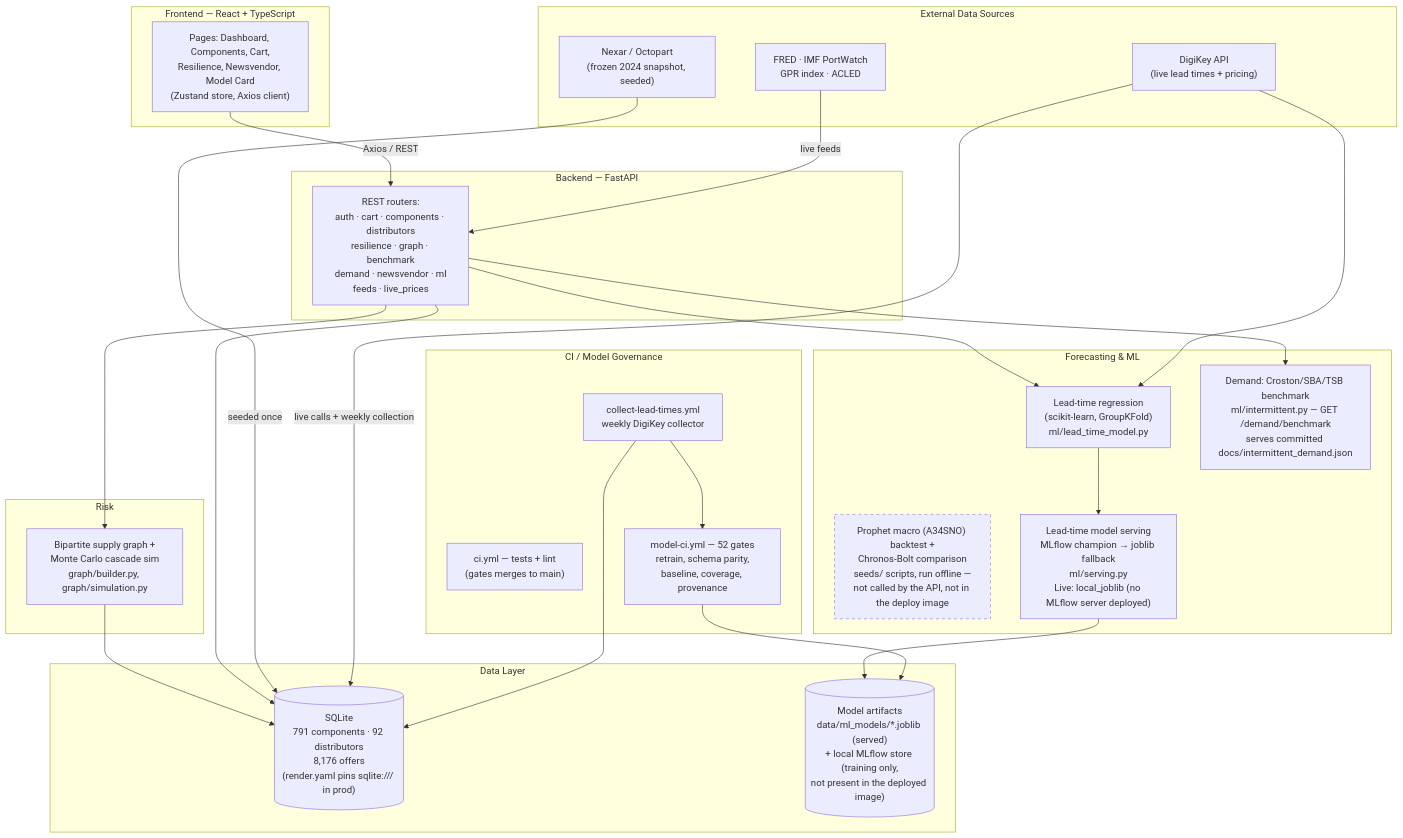
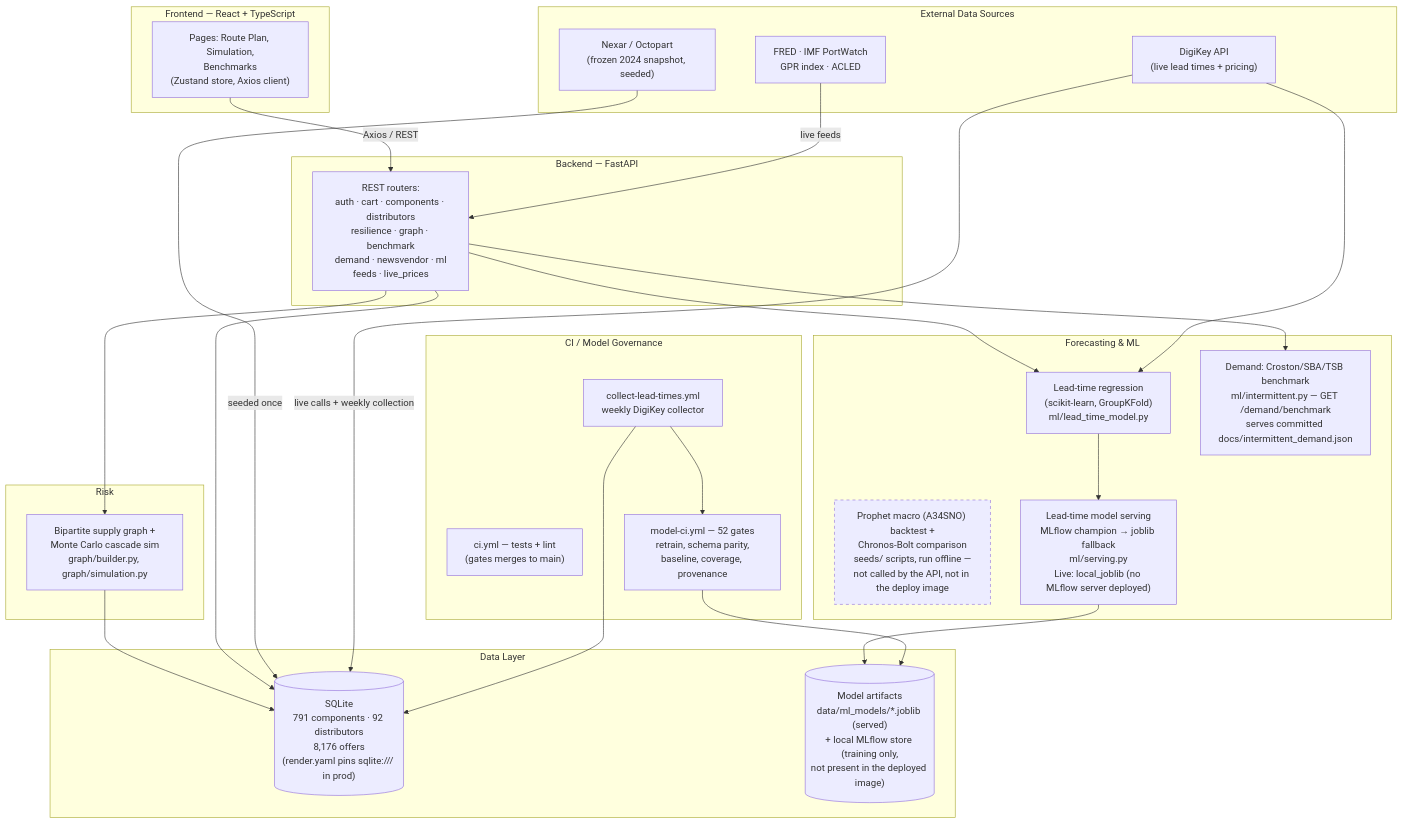
Before and after one commit to alessiopagliarulo/supply-chain-optimizer: the diagram in README.md, drawn with Mermaid. The commit also changed other lines of this file and 1 other file, not shown here.

Commit message:
no-mistakes(document): Remove stale sourcing-page references from README and provenance docs

````diff
--- a/README.md
+++ b/README.md
@@ -247,57 +247,57 @@
 ```mermaid
 flowchart TB
     subgraph FE["Frontend — React + TypeScript"]
-        UI["Pages: Dashboard, Components, Cart,<br/>Resilience, Newsvendor, Model Card<br/>(Zustand store, Axios client)"]
+        UI["Pages: Route Plan, Simulation,<br/>Benchmarks<br/>(Zustand store, Axios client)"]
     end
 
     subgraph BE["Backend — FastAPI"]
         API["REST routers:<br/>auth · cart · components · distributors<br/>resilience · graph · benchmark<br/>demand · newsvendor · ml<br/>feeds · live_prices"]
     end
 
     subgraph OPT["Risk"]
         GRAPHSIM["Bipartite supply graph +<br/>Monte Carlo cascade sim<br/>graph/builder.py, graph/simulation.py"]
     end
 
     subgraph ML["Forecasting & ML"]
         LEADTIME["Lead-time regression<br/>(scikit-learn, GroupKFold)<br/>ml/lead_time_model.py"]
         DEMAND["Demand: Croston/SBA/TSB benchmark<br/>ml/intermittent.py — GET /demand/benchmark<br/>serves committed docs/intermittent_demand.json"]
         OFFLINE["Prophet macro (A34SNO) backtest +<br/>Chronos-Bolt comparison<br/>seeds/ scripts, run offline —<br/>not called by the API, not in the deploy image"]
         SERVING["Lead-time model serving<br/>MLflow champion → joblib fallback<br/>ml/serving.py<br/>Live: local_joblib (no MLflow server deployed)"]
     end
 
     subgraph DATA["Data Layer"]
         DB[("SQLite<br/>791 components · 92 distributors<br/>8,176 offers<br/>(render.yaml pins sqlite:/// in prod)")]
         ARTIFACTS[("Model artifacts<br/>data/ml_models/*.joblib (served)<br/>+ local MLflow store (training only,<br/>not present in the deployed image)")]
     end
 
     subgraph EXT["External Data Sources"]
         NEXAR["Nexar / Octopart<br/>(frozen 2024 snapshot, seeded)"]
         DIGIKEY["DigiKey API<br/>(live lead times + pricing)"]
         MACRO["FRED · IMF PortWatch<br/>GPR index · ACLED"]
     end
 
     subgraph CICD["CI / Model Governance"]
         CI["ci.yml — tests + lint<br/>(gates merges to main)"]
         MODELCI["model-ci.yml — 52 gates<br/>retrain, schema parity,<br/>baseline, coverage, provenance"]
         COLLECTOR["collect-lead-times.yml<br/>weekly DigiKey collector"]
     end
 
     UI -->|Axios / REST| API
     API --> GRAPHSIM
     API --> LEADTIME
     API --> DEMAND
     GRAPHSIM --> DB
     API --> DB
     LEADTIME --> SERVING
     SERVING --> ARTIFACTS
     NEXAR -->|seeded once| DB
     DIGIKEY -->|live calls + weekly collection| DB
     DIGIKEY --> LEADTIME
     MACRO -->|live feeds| API
     COLLECTOR --> DB
     COLLECTOR --> MODELCI
     MODELCI --> ARTIFACTS
 
     classDef offline stroke-dasharray: 5 5;
     class OFFLINE offline;
 ```
````
